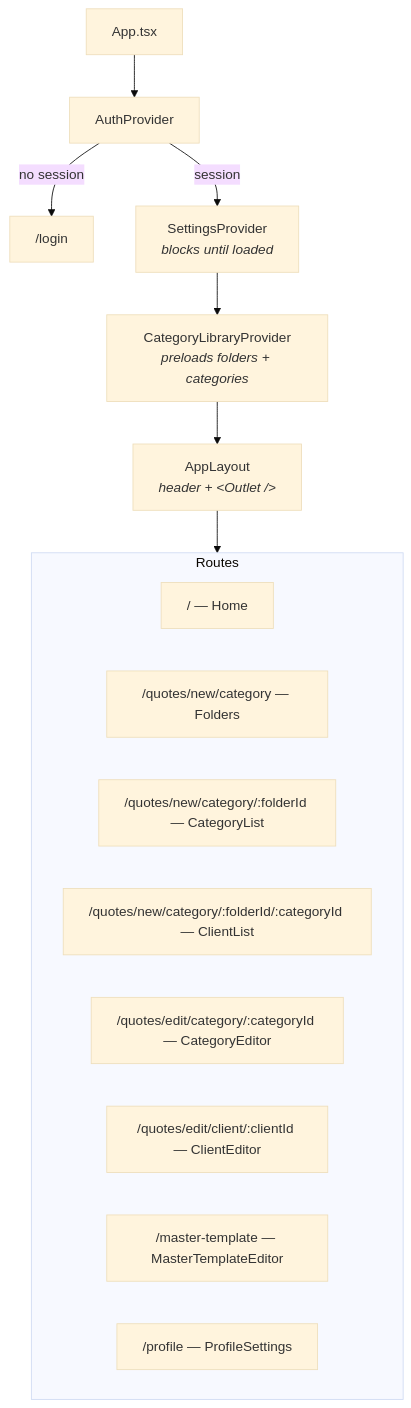
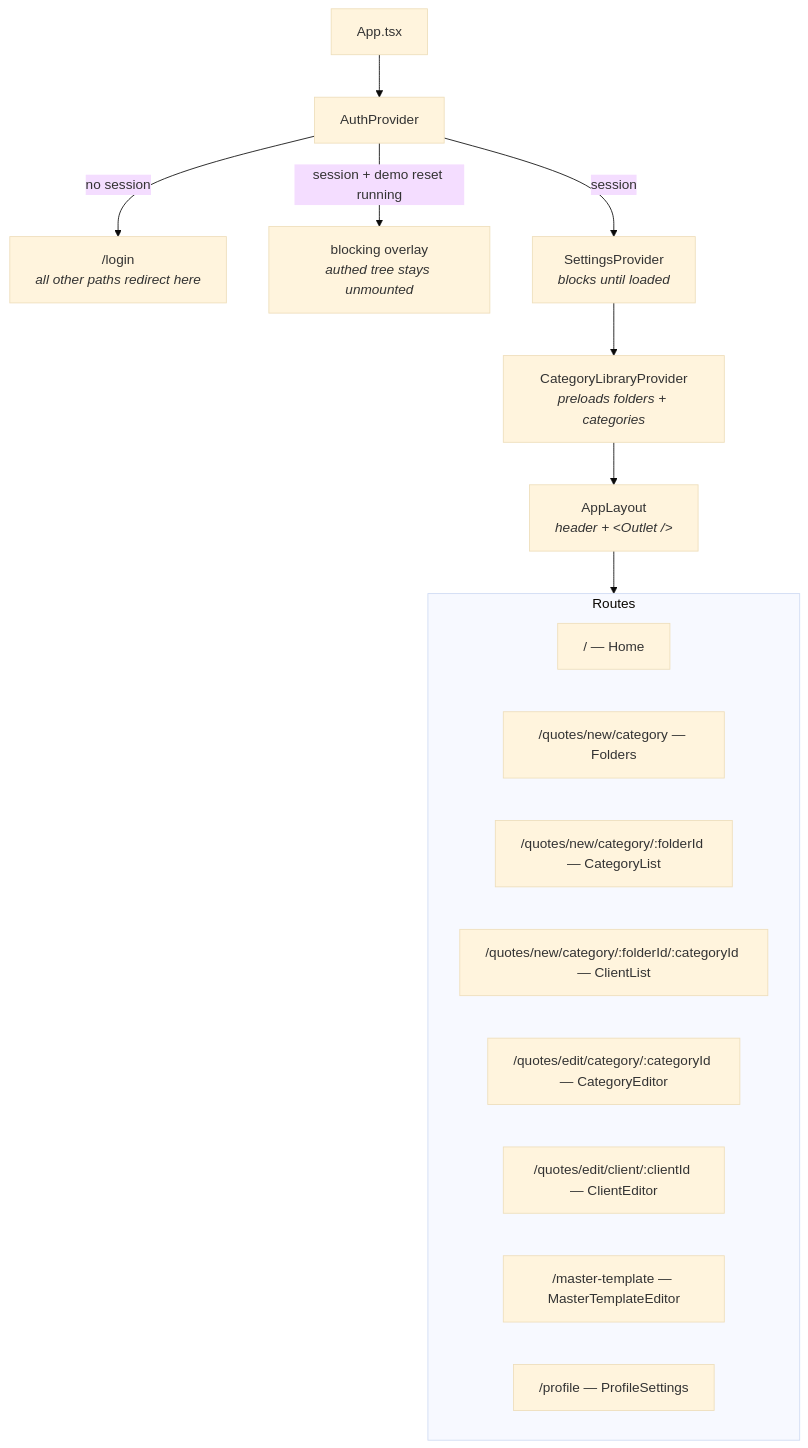
Before and after one commit to TarokoDev/QMC: the third of 9 diagrams in docs/architecture.md, drawn with Mermaid (base theme). The commit also changed other lines of this file and 9 other files, not shown here.

````diff
--- a/docs/architecture.md
+++ b/docs/architecture.md
@@ -105,20 +105,21 @@
 ```mermaid
 flowchart TD
     App["App.tsx"] --> AP["AuthProvider"]
-    AP -->|"no session"| L["/login"]
+    AP -->|"no session"| L["/login<br/><i>all other paths redirect here</i>"]
+    AP -->|"session + demo reset running"| DR["blocking overlay<br/><i>authed tree stays unmounted</i>"]
     AP -->|"session"| SP["SettingsProvider<br/><i>blocks until loaded</i>"]
     SP --> CLP["CategoryLibraryProvider<br/><i>preloads folders + categories</i>"]
     CLP --> AL["AppLayout<br/><i>header + &lt;Outlet /&gt;</i>"]
     AL --> Routes
 
     subgraph Routes["Routes"]
         R1["/ — Home"]
         R2["/quotes/new/category — Folders"]
         R3["/quotes/new/category/:folderId — CategoryList"]
         R4["/quotes/new/category/:folderId/:categoryId — ClientList"]
         R5["/quotes/edit/category/:categoryId — CategoryEditor"]
         R6["/quotes/edit/client/:clientId — ClientEditor"]
         R7["/master-template — MasterTemplateEditor"]
         R8["/profile — ProfileSettings"]
     end
 ```
````
